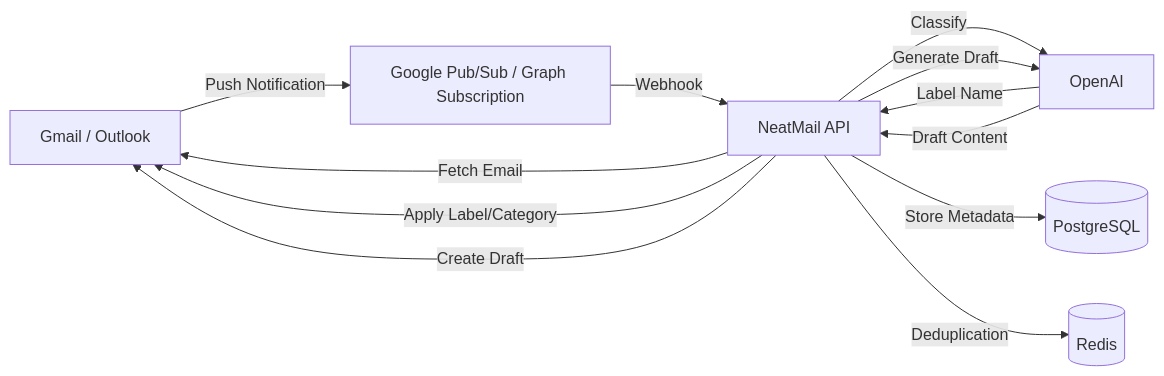
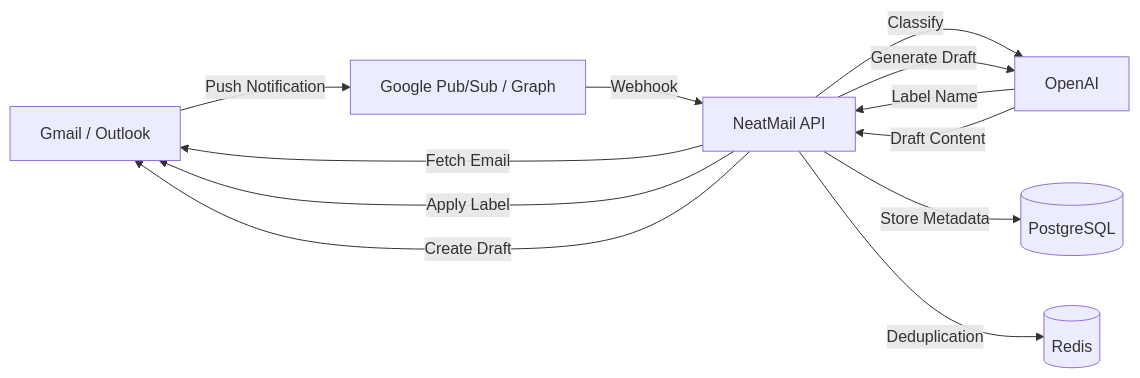
The diagram in README.md (Lakshay1509/NeatMail), drawn with Mermaid before and after one commit. The commit also changed other lines of this file and 2 other files, not shown here.

````diff
--- a/README.md
+++ b/README.md
@@ -177,14 +112,14 @@
 ```mermaid
 graph LR
-   A[Gmail / Outlook] -->|Push Notification| B[Google Pub/Sub / Graph Subscription]
-    B -->|Webhook| C[NeatMail API]
+   A[Gmail / Outlook] -->|Push Notification| B[Google Pub/Sub / Graph]
+   B -->|Webhook| C[NeatMail API]
    C -->|Fetch Email| A
    C -->|Classify| D[OpenAI]
-    D -->|Label Name| C
-   C -->|Apply Label/Category| A
-    C -->|Generate Draft| D
-    D -->|Draft Content| C
-    C -->|Create Draft| A
-    C -->|Store Metadata| E[(PostgreSQL)]
-    C -->|Deduplication| F[(Redis)]
+   D -->|Label Name| C
+   C -->|Apply Label| A
+   C -->|Generate Draft| D
+   D -->|Draft Content| C
+   C -->|Create Draft| A
+   C -->|Store Metadata| E[(PostgreSQL)]
+   C -->|Deduplication| F[(Redis)]
 ```
````
